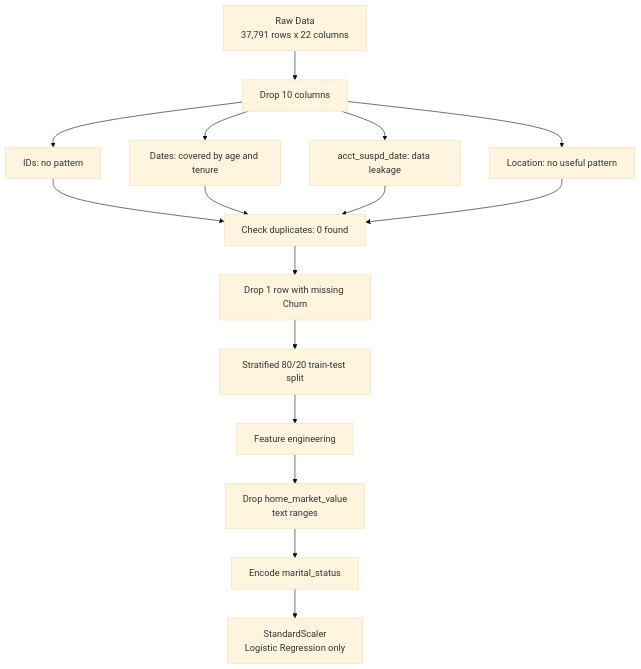
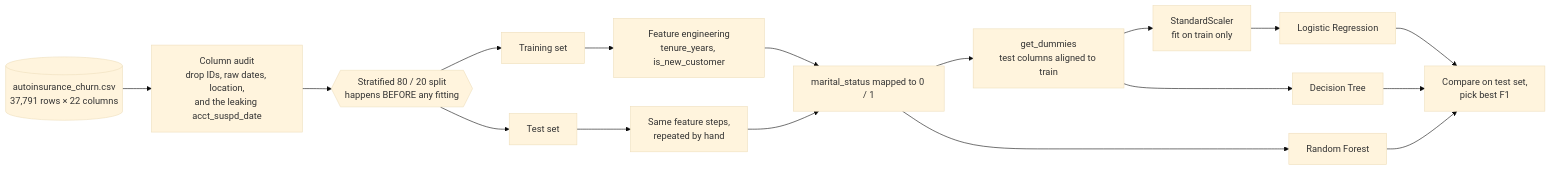
One commit to sidhantds/Insurance-Churn-Prediction changed the second of 7 diagrams in README.md. Above: the diagram before and after it, drawn with Mermaid (base theme). The commit also changed other lines of this file, not shown here.

````diff
--- a/README.md
+++ b/README.md
@@ -78,15 +50,23 @@
 ```mermaid
-flowchart TD
-    A[Raw Data<br/>37,791 rows x 22 columns] --> B[Drop 10 columns]
-    B --> B1[IDs: no pattern]
-    B --> B2[Dates: covered by age and tenure]
-    B --> B3[acct_suspd_date: data leakage]
-    B --> B4[Location: no useful pattern]
-    B1 & B2 & B3 & B4 --> C[Check duplicates: 0 found]
-    C --> D[Drop 1 row with missing Churn]
-    D --> E[Stratified 80/20 train-test split]
-    E --> F[Feature engineering]
-    F --> G[Drop home_market_value<br/>text ranges]
-    G --> H[Encode marital_status]
-    H --> I[StandardScaler<br/>Logistic Regression only]
+flowchart LR
+    RAW[("autoinsurance_churn.csv<br/>37,791 rows × 22 columns")] --> AUD["Column audit<br/>drop IDs, raw dates, location,<br/>and the leaking acct_suspd_date"]
+    AUD --> SPLIT{{"Stratified 80 / 20 split<br/>happens BEFORE any fitting"}}
+
+    SPLIT --> TRAIN["Training set"]
+    SPLIT --> TEST["Test set"]
+
+    TRAIN --> FE["Feature engineering<br/>tenure_years, is_new_customer"]
+    TEST --> FE2["Same feature steps,<br/>repeated by hand"]
+
+    FE --> MAP["marital_status mapped to 0 / 1"]
+    FE2 --> MAP
+    MAP --> ENC["get_dummies<br/>test columns aligned to train"]
+    ENC --> SCL["StandardScaler<br/>fit on train only"]
+
+    SCL --> LR["Logistic Regression"]
+    ENC --> DT["Decision Tree"]
+    MAP --> RF["Random Forest"]
+    LR --> EV["Compare on test set,<br/>pick best F1"]
+    DT --> EV
+    RF --> EV
 ```
````
